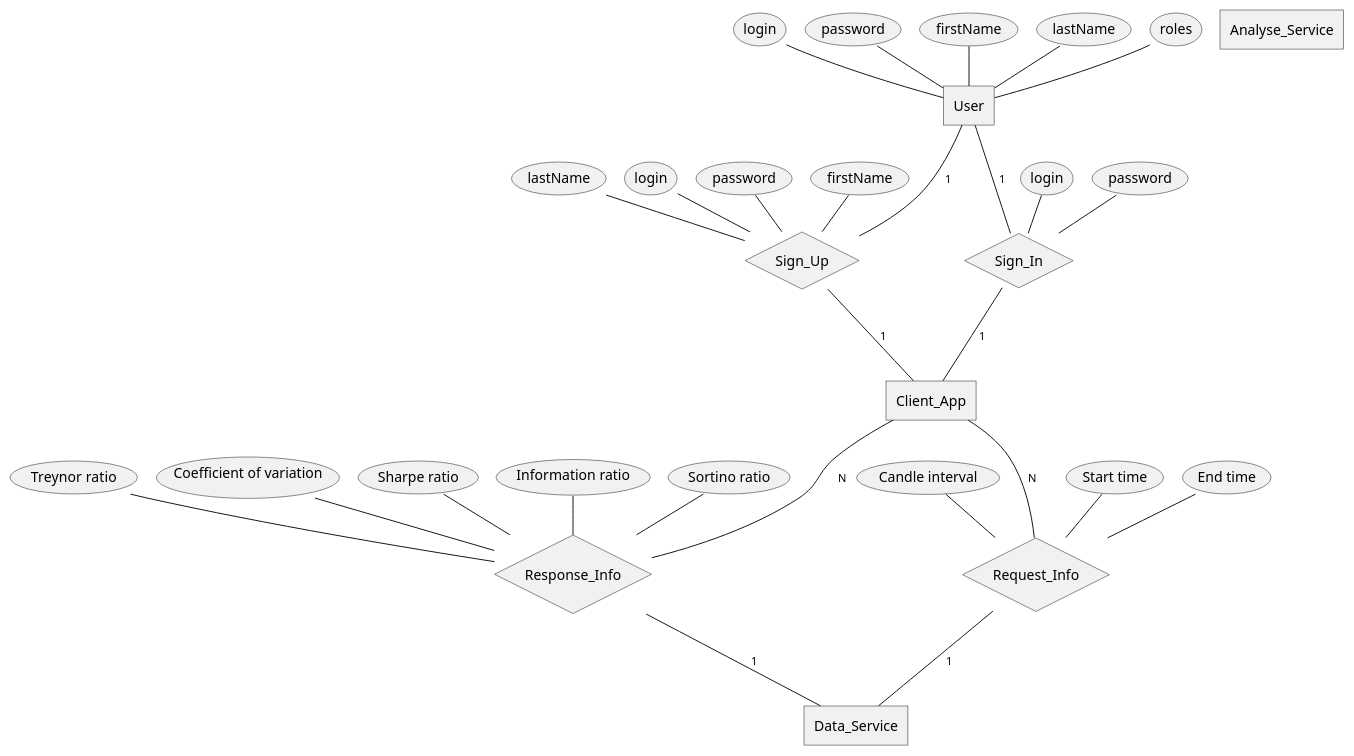
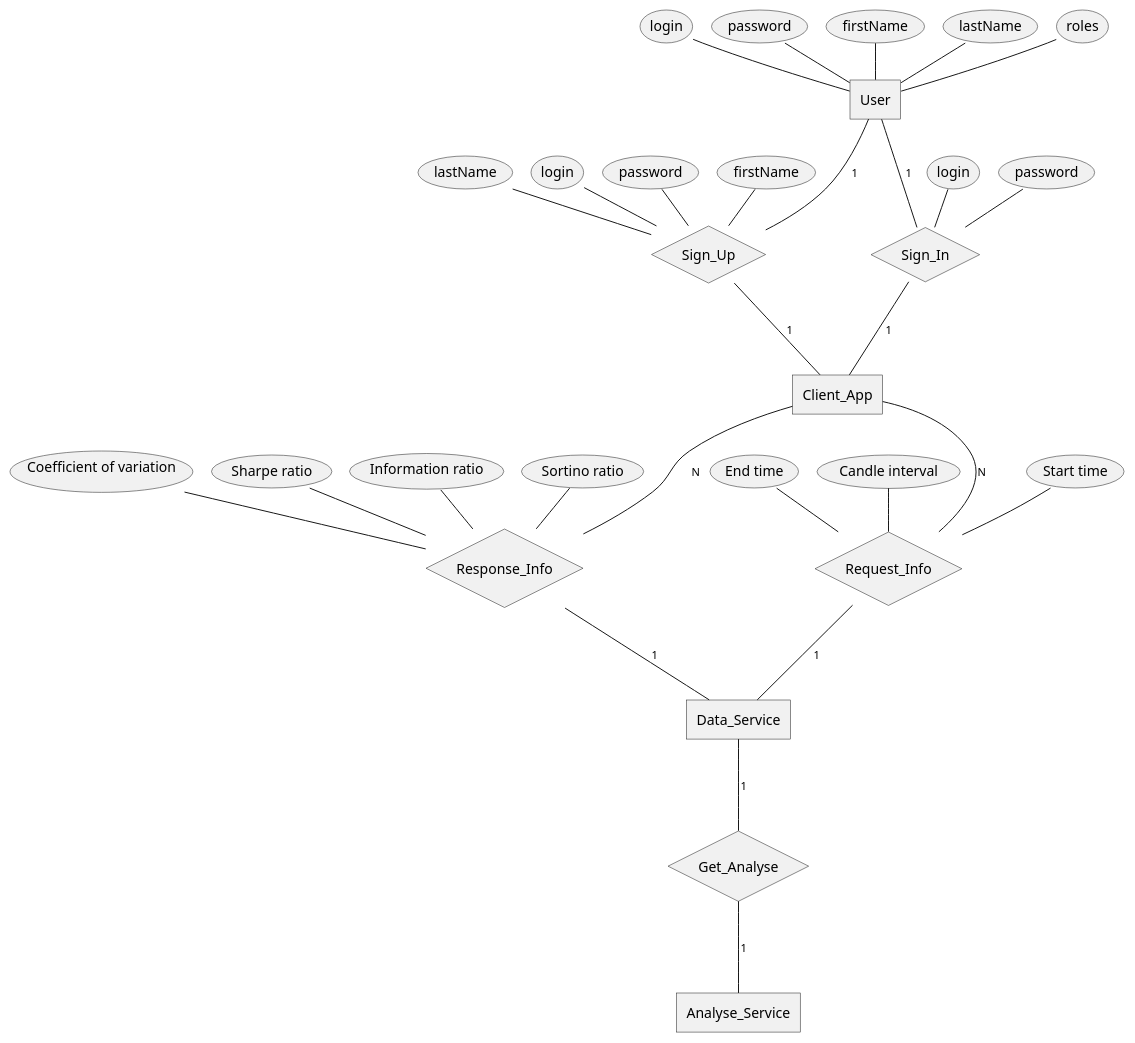
One commit to Dimes01/TradeAnalyser changed the diagram in ERD.puml. Above: the diagram before and after it, drawn with PlantUML. The commit also changed 3 other files, not shown here.

```diff
--- a/ERD.puml
+++ b/ERD.puml
@@ -1,52 +1,54 @@
 @startchen
 !pragma layout smetana
 
 entity User {
     login
     password
     firstName
     lastName
     roles
 }
 entity Client_App {
 }
 entity Data_Service {
 }
 entity Analyse_Service {
 }
 
 relationship Sign_In {
     login
     password
 }
 relationship Sign_Up {
     login
     password
     firstName
     lastName
 }
 relationship Request_Info {
     Start time
     End time
     Candle interval
 }
 relationship Response_Info {
     Coefficient of variation
     Sharpe ratio
     Information ratio
     Sortino ratio
-    Treynor ratio
 }
-
+relationship Get_Analyse {
+}
 
 User -1- Sign_In
 Sign_In -1- Client_App
 User -1- Sign_Up
 Sign_Up -1- Client_App
 
 Client_App -N- Request_Info
 Request_Info -1- Data_Service
 Client_App -N- Response_Info
 Response_Info -1- Data_Service
 
+Data_Service -1- Get_Analyse
+Get_Analyse -1- Analyse_Service
 @endchen
```
